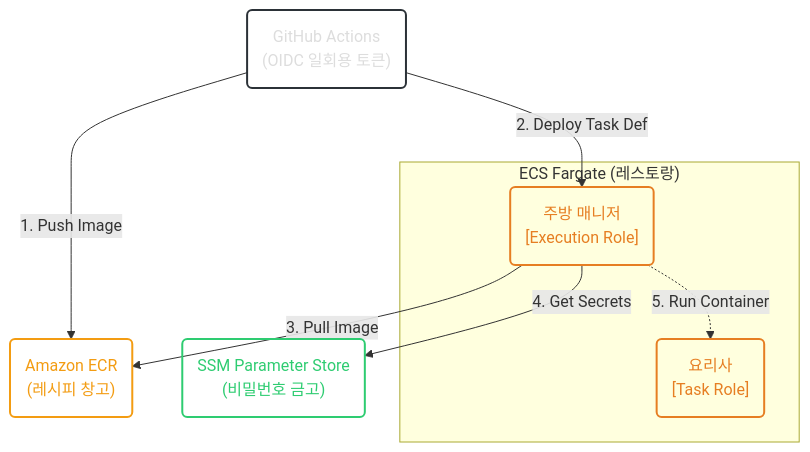
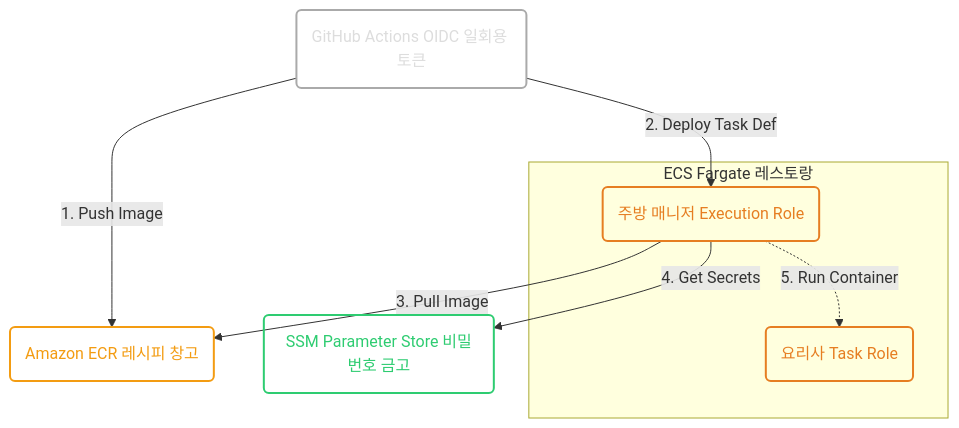
One commit to duwnstj/duwnstj.github.io changed the diagram in _posts/2026-07-10-ecs-fargate-cicd-iam-security.md. Above: the diagram before and after it, drawn with Mermaid. The commit also changed other lines of this file and 2 other files, not shown here.

Commit message:
fix: Mermaid 다이어그램 렌더링 오류 수정 (highlight 래퍼 제거)

````diff
--- a/_posts/2026-07-10-ecs-fargate-cicd-iam-security.md
+++ b/_posts/2026-07-10-ecs-fargate-cicd-iam-security.md
@@ -29,24 +28,22 @@
 ```mermaid
 graph TD
-    %% 다크모드 호환을 위한 스타일 지정
-    classDef default fill:none,stroke:#888,color:#ddd
-    classDef github fill:none,stroke:#2b3137,stroke-width:2px,color:#ddd
+    classDef github fill:none,stroke:#aaa,stroke-width:2px,color:#ddd
     classDef ecr fill:none,stroke:#f39c12,stroke-width:2px,color:#f39c12
     classDef ecs fill:none,stroke:#e67e22,stroke-width:2px,color:#e67e22
     classDef ssm fill:none,stroke:#2ecc71,stroke-width:2px,color:#2ecc71
 
-    GH("GitHub Actions<br>(OIDC 일회용 토큰)"):::github
-    ECR("Amazon ECR<br>(레시피 창고)"):::ecr
-    SSM("SSM Parameter Store<br>(비밀번호 금고)"):::ssm
-    
-    subgraph "ECS Fargate (레스토랑)"
-        EXEC("주방 매니저<br>[Execution Role]"):::ecs
-        TASK("요리사<br>[Task Role]"):::ecs
+    GH("GitHub Actions OIDC 일회용 토큰"):::github
+    ECR("Amazon ECR 레시피 창고"):::ecr
+    SSM("SSM Parameter Store 비밀번호 금고"):::ssm
+
+    subgraph "ECS Fargate 레스토랑"
+        EXEC("주방 매니저 Execution Role"):::ecs
+        TASK("요리사 Task Role"):::ecs
     end
 
     GH -- "1. Push Image" --> ECR
     GH -- "2. Deploy Task Def" --> EXEC
     EXEC -- "3. Pull Image" --> ECR
     EXEC -- "4. Get Secrets" --> SSM
     EXEC -. "5. Run Container" .-> TASK
 ```
````
